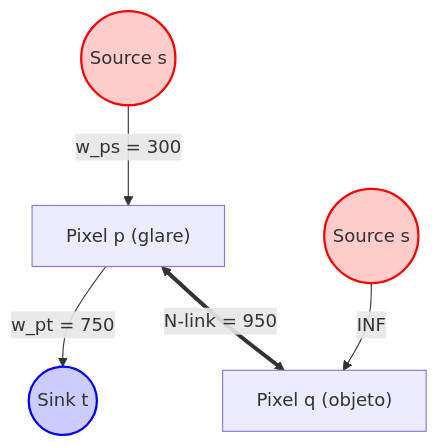
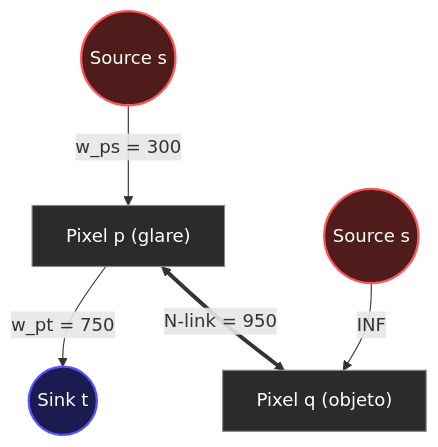
One commit to GabrielFrigo4/networks-flow changed the third of 3 diagrams in Aplicações/Segmentação de Imagens/SEGMENTATION.md. Above: the diagram before and after it, drawn with Mermaid. The commit also changed other lines of this file, not shown here.

Commit message:
Update Segmentação de Imagem

````diff
--- a/Aplicações/Segmentação de Imagens/SEGMENTATION.md
+++ b/Aplicações/Segmentação de Imagens/SEGMENTATION.md
@@ -164,12 +166,14 @@
 ```mermaid
 graph TD
     s1((Source s)) -->|w_ps = 300| p["Pixel p (glare)"]
     p -->|w_pt = 750| t1((Sink t))
     
     s2((Source s)) -->|INF| q["Pixel q (objeto)"]
     p <==>|N-link = 950| q
     
-    style s1 fill:#ffcccc,stroke:#ff0000,stroke-width:2px
-    style s2 fill:#ffcccc,stroke:#ff0000,stroke-width:2px
-    style t1 fill:#ccccff,stroke:#0000ff,stroke-width:2px
+    style s1 fill:#501b1b,stroke:#ff5555,stroke-width:2px,color:#ffffff
+    style s2 fill:#501b1b,stroke:#ff5555,stroke-width:2px,color:#ffffff
+    style t1 fill:#1b1b50,stroke:#5555ff,stroke-width:2px,color:#ffffff
+    style p fill:#2b2b2b,stroke:#888888,stroke-width:1px,color:#ffffff
+    style q fill:#2b2b2b,stroke:#888888,stroke-width:1px,color:#ffffff
 ```
````
